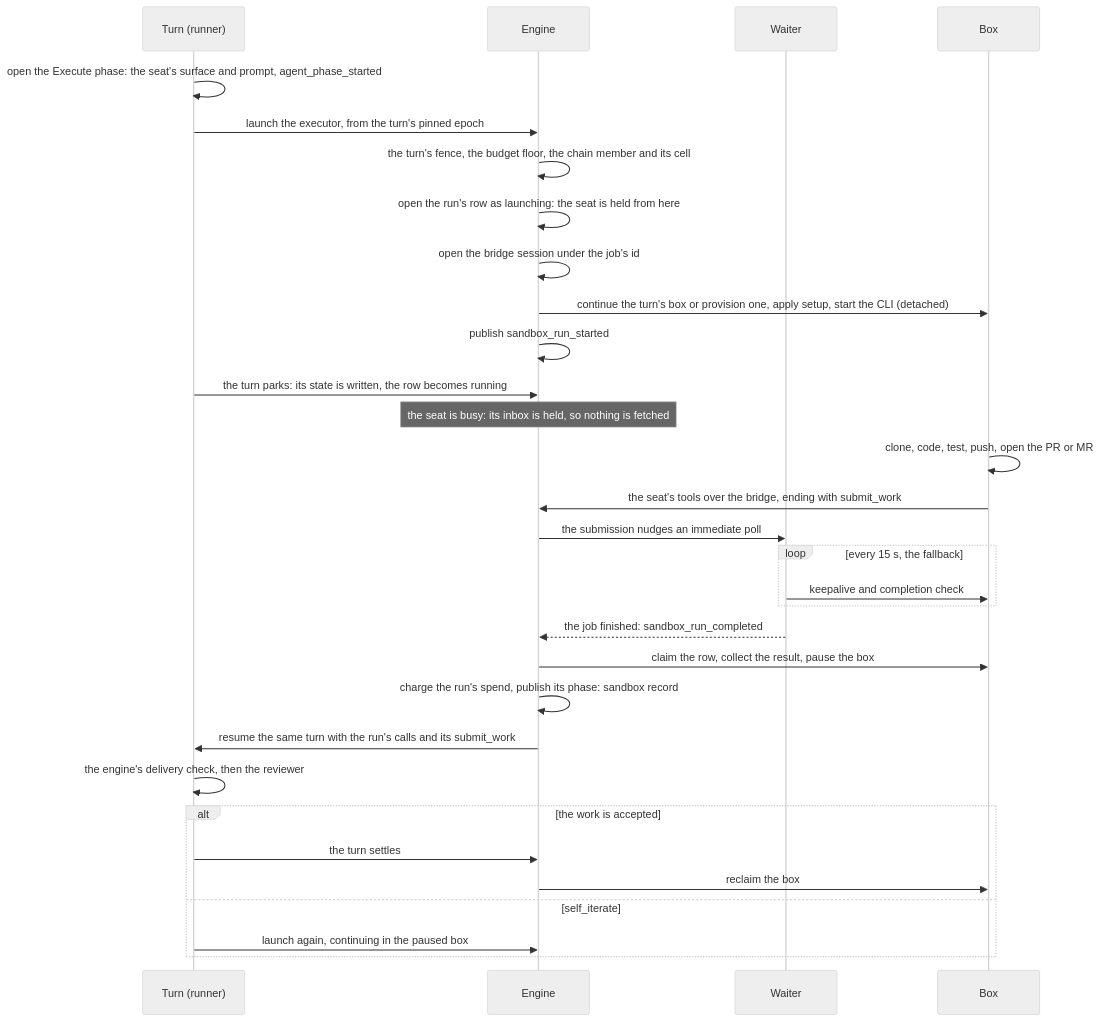
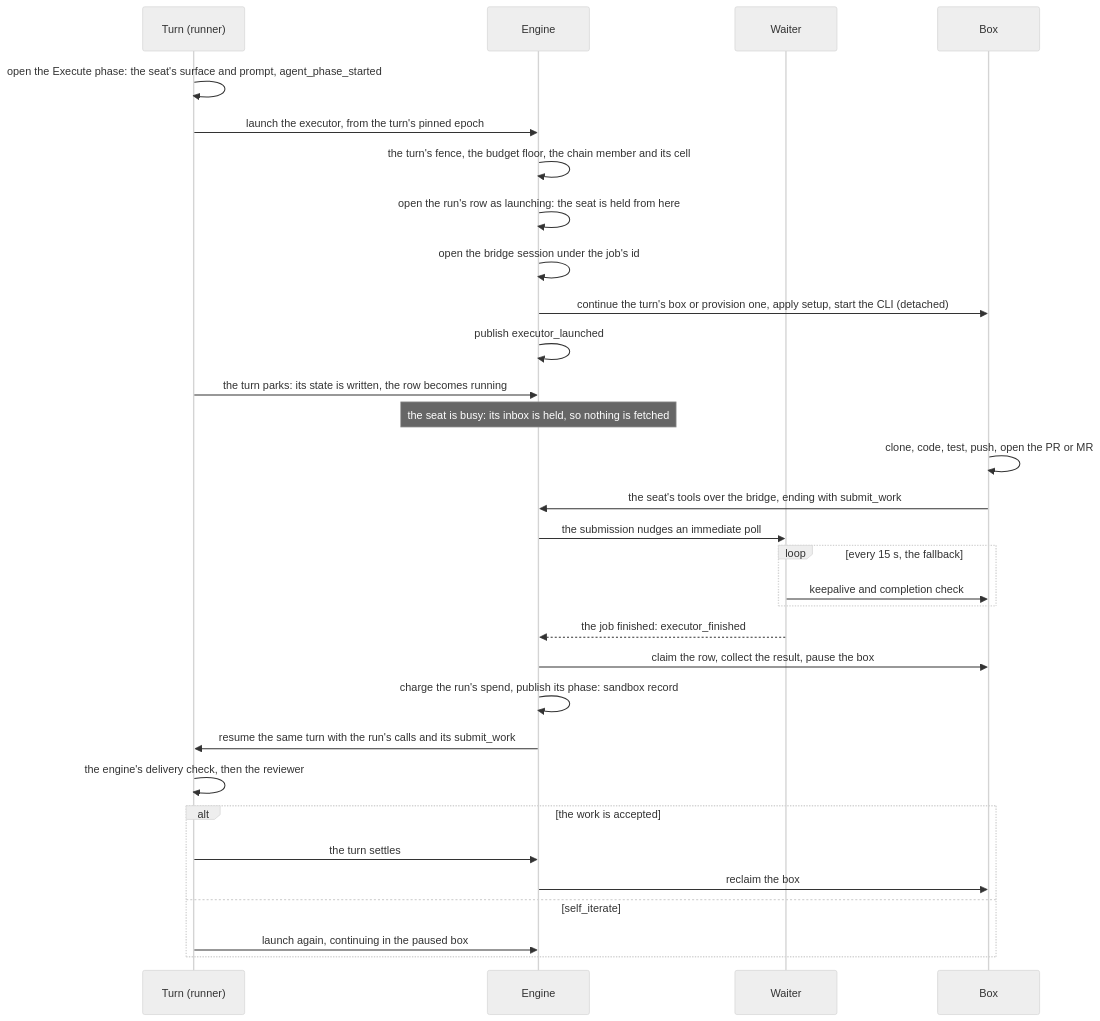
One commit to crewlet/crewlet changed the first of 3 diagrams in docs/concepts/code-sandbox.md. Above: the diagram before and after it, drawn with Mermaid (neutral theme). The commit also changed other lines of this file and 480 other files, not shown here.

````diff
--- a/docs/concepts/code-sandbox.md
+++ b/docs/concepts/code-sandbox.md
@@ -23,33 +23,33 @@
 ```mermaid
 sequenceDiagram
     participant T as Turn (runner)
     participant E as Engine
     participant W as Waiter
     participant B as Box
     T->>T: open the Execute phase: the seat's surface and prompt, agent_phase_started
     T->>E: launch the executor, from the turn's pinned epoch
     E->>E: the turn's fence, the budget floor, the chain member and its cell
     E->>E: open the run's row as launching: the seat is held from here
     E->>E: open the bridge session under the job's id
     E->>B: continue the turn's box or provision one, apply setup, start the CLI (detached)
-    E->>E: publish sandbox_run_started
+    E->>E: publish executor_launched
     T->>E: the turn parks: its state is written, the row becomes running
     Note over E: the seat is busy: its inbox is held, so nothing is fetched
     B->>B: clone, code, test, push, open the PR or MR
     B->>E: the seat's tools over the bridge, ending with submit_work
     E->>W: the submission nudges an immediate poll
     loop every 15 s, the fallback
         W->>B: keepalive and completion check
     end
-    W-->>E: the job finished: sandbox_run_completed
+    W-->>E: the job finished: executor_finished
     E->>B: claim the row, collect the result, pause the box
     E->>E: charge the run's spend, publish its phase: sandbox record
     E->>T: resume the same turn with the run's calls and its submit_work
     T->>T: the engine's delivery check, then the reviewer
     alt the work is accepted
         T->>E: the turn settles
         E->>B: reclaim the box
     else self_iterate
         T->>E: launch again, continuing in the paused box
     end
 ```
````
